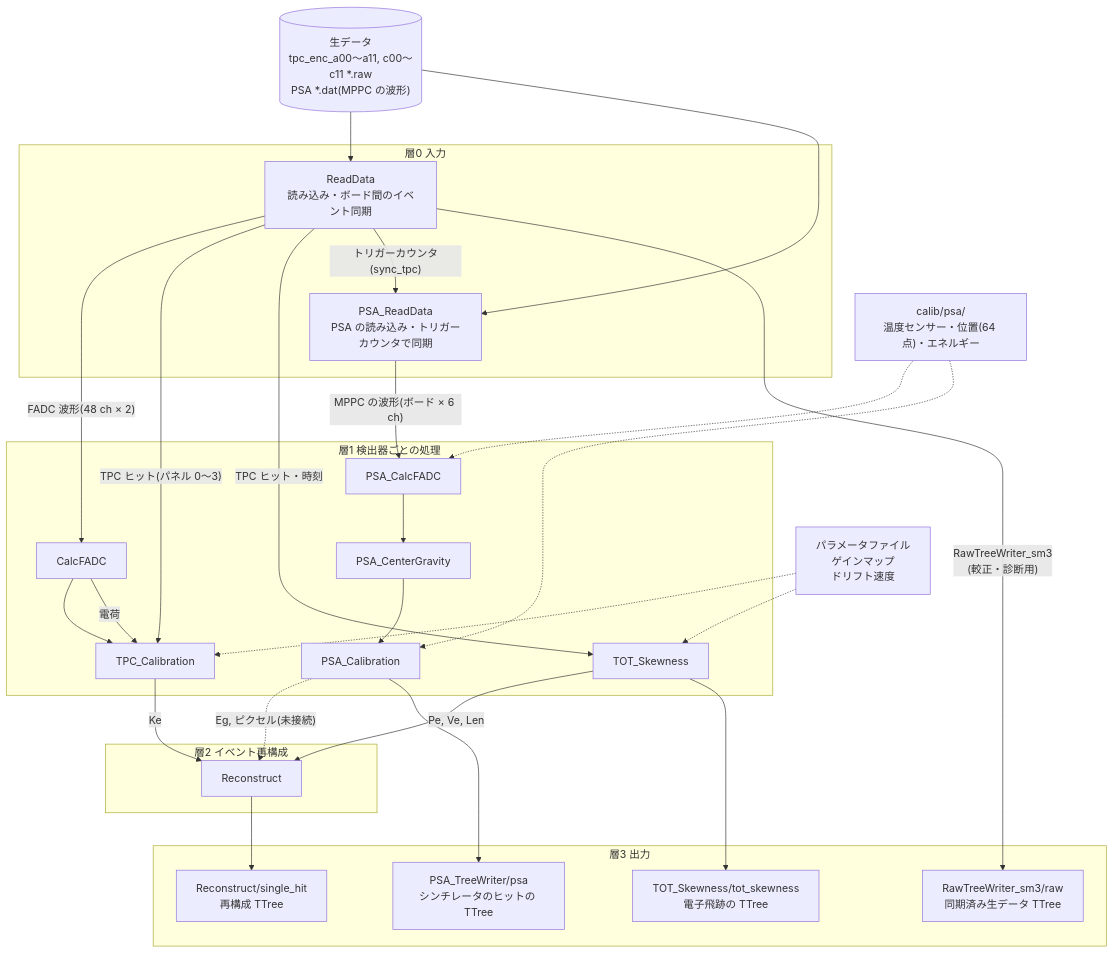
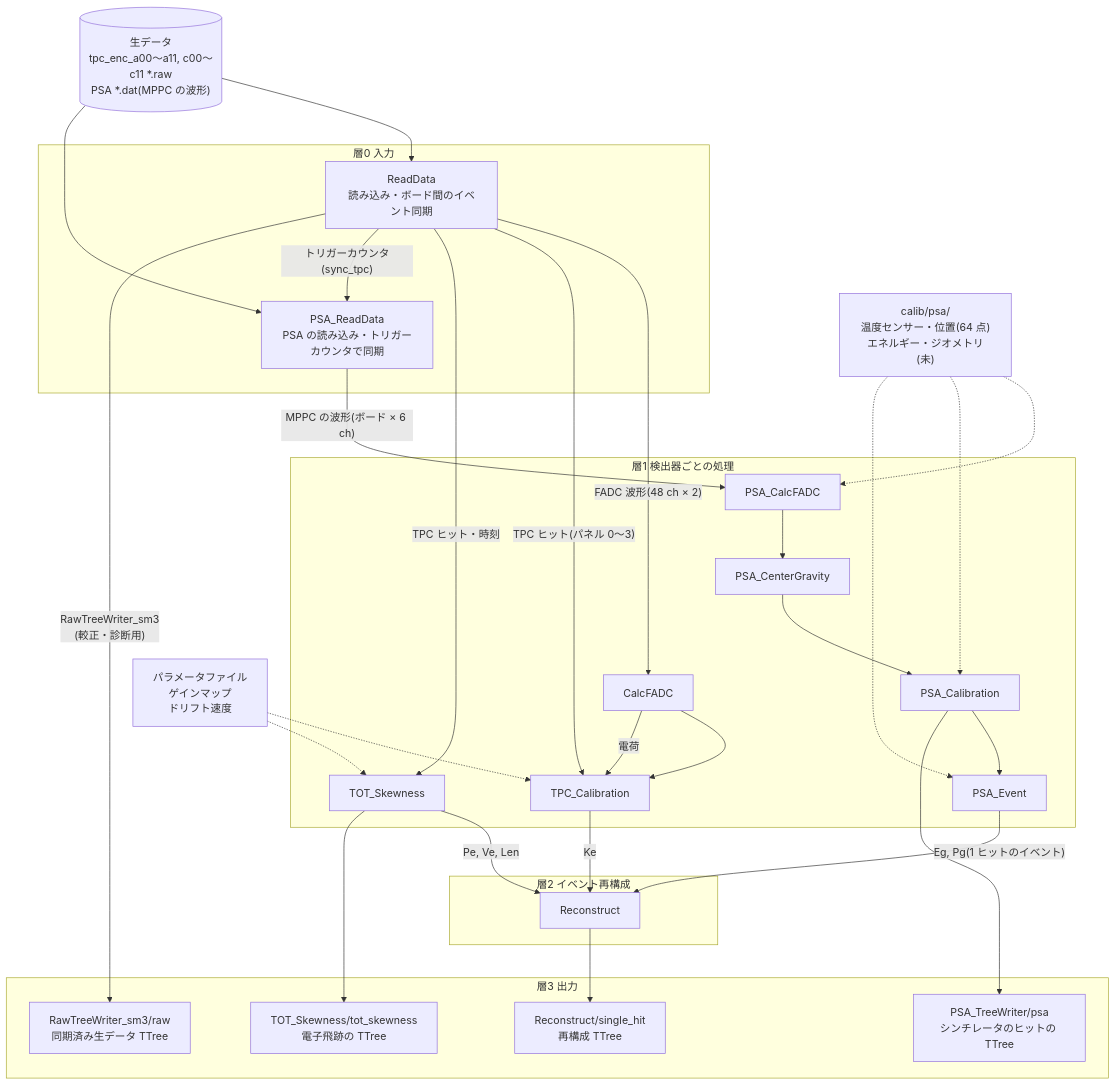
One commit to SMILE-tool-box/EricaNext changed the second of 2 diagrams in README.md. Above: the diagram before and after it, drawn with Mermaid. The commit also changed other lines of this file and 12 other files, not shown here.

First line of the commit message:
PSA_Event: PSA hits in detector coordinates for Reconstruct; AGENTS.md (handover)

````diff
--- a/README.md
+++ b/README.md
@@ -87,45 +89,46 @@
 ```mermaid
 flowchart TD
   RAW[("生データ<br>tpc_enc_a00〜a11, c00〜c11 *.raw<br>PSA *.dat(MPPC の波形)")]
   subgraph L0["層0 入力"]
     RD["ReadData<br>読み込み・ボード間のイベント同期"]
     PRD["PSA_ReadData<br>PSA の読み込み・トリガーカウンタで同期"]
   end
   subgraph L1["層1 検出器ごとの処理"]
     CF[CalcFADC] --> TC[TPC_Calibration]
     TOT[TOT_Skewness]
-    PCF[PSA_CalcFADC] --> PCG[PSA_CenterGravity] --> PCAL[PSA_Calibration]
+    PCF[PSA_CalcFADC] --> PCG[PSA_CenterGravity] --> PCAL[PSA_Calibration] --> PEV[PSA_Event]
   end
   subgraph L2["層2 イベント再構成"]
     REC[Reconstruct]
   end
   subgraph L3["層3 出力"]
     OUT["Reconstruct/single_hit<br>再構成 TTree"]
     TOTT["TOT_Skewness/tot_skewness<br>電子飛跡の TTree"]
     RAWT["RawTreeWriter_sm3/raw<br>同期済み生データ TTree"]
     PSAT["PSA_TreeWriter/psa<br>シンチレータのヒットの TTree"]
   end
   PRM["パラメータファイル<br>ゲインマップ<br>ドリフト速度"]
-  PPRM["calib/psa/<br>温度センサー・位置(64 点)・エネルギー"]
+  PPRM["calib/psa/<br>温度センサー・位置(64 点)<br>エネルギー・ジオメトリ(未)"]
 
   RAW --> RD
   RAW --> PRD
   PRM -.-> TC
   PRM -.-> TOT
   PPRM -.-> PCF
   PPRM -.-> PCAL
+  PPRM -.-> PEV
   RD -- "FADC 波形(48 ch × 2)" --> CF
   RD -- "TPC ヒット(パネル 0〜3)" --> TC
   RD -- "TPC ヒット・時刻" --> TOT
   RD -- "トリガーカウンタ(sync_tpc)" --> PRD
   PRD -- "MPPC の波形(ボード × 6 ch)" --> PCF
   CF -- "電荷" --> TC
   TC -- "Ke" --> REC
-  PCAL -. "Eg, ピクセル(未接続)" .-> REC
+  PEV -- "Eg, Pg(1 ヒットのイベント)" --> REC
   PCAL --> PSAT
   TOT -- "Pe, Ve, Len" --> REC
   REC --> OUT
   TOT --> TOTT
   RD -- "RawTreeWriter_sm3<br>(較正・診断用)" --> RAWT
 
 ```
````
